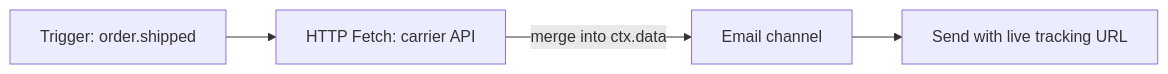
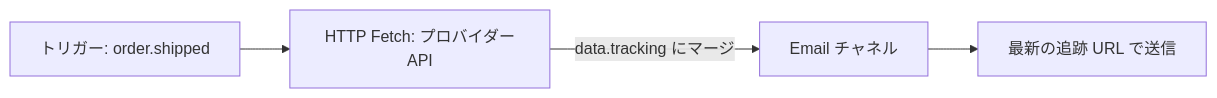
The diagram in content/docs/ja/platform/features/http-fetch-node.mdx (KriyanshKhunt/nexus_docs), drawn with Mermaid before and after one commit. The commit also changed other lines of this file and 27 other files, not shown here.

````diff
--- a/content/docs/ja/platform/features/http-fetch-node.mdx
+++ b/content/docs/ja/platform/features/http-fetch-node.mdx
@@ -12,6 +20,6 @@
 ```mermaid
 flowchart LR
-  T[Trigger: order.shipped] --> F[HTTP Fetch: carrier API]
-  F -->|merge into ctx.data| E[Email channel]
-  E --> Out[Send with live tracking URL]
+  T[トリガー: order.shipped] --> F[HTTP Fetch: プロバイダーAPI]
+  F -->|data.tracking にマージ| E[Email チャネル]
+  E --> Out[最新の追跡 URL で送信]
 ```
````
